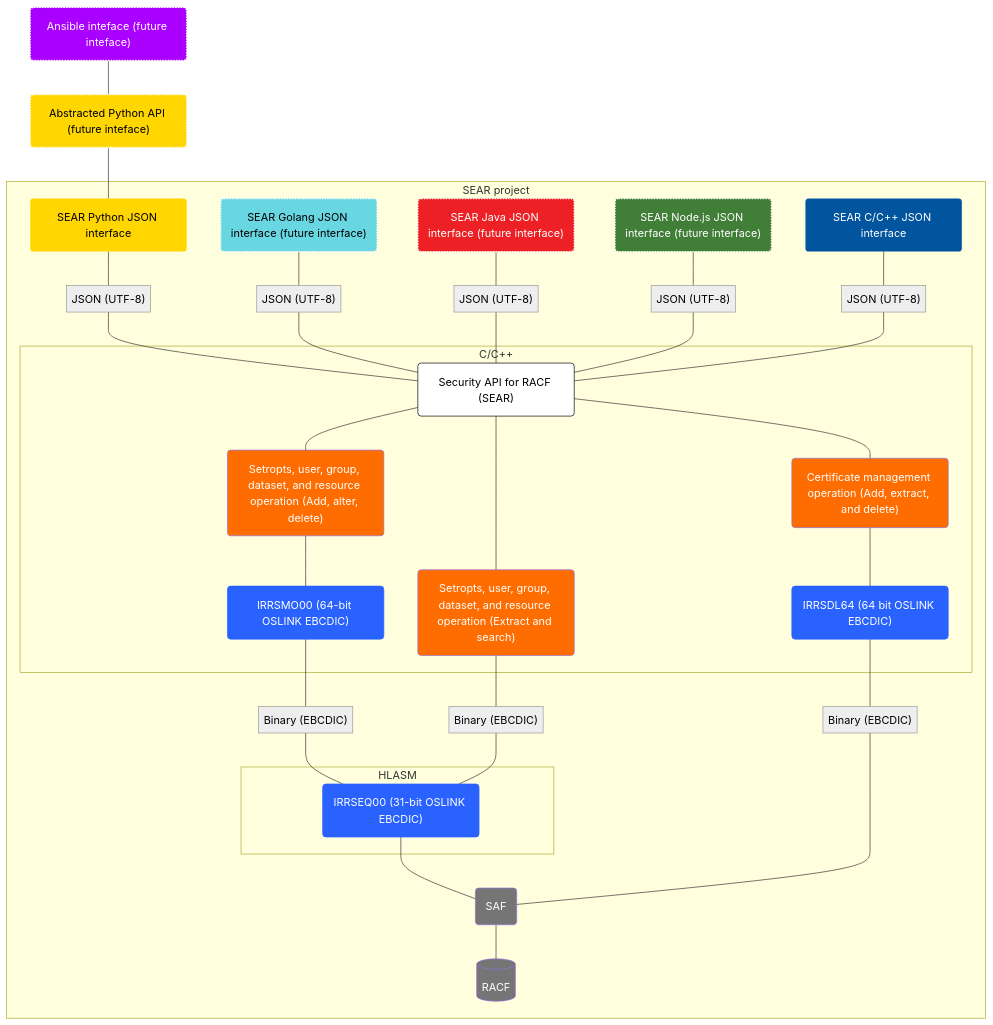
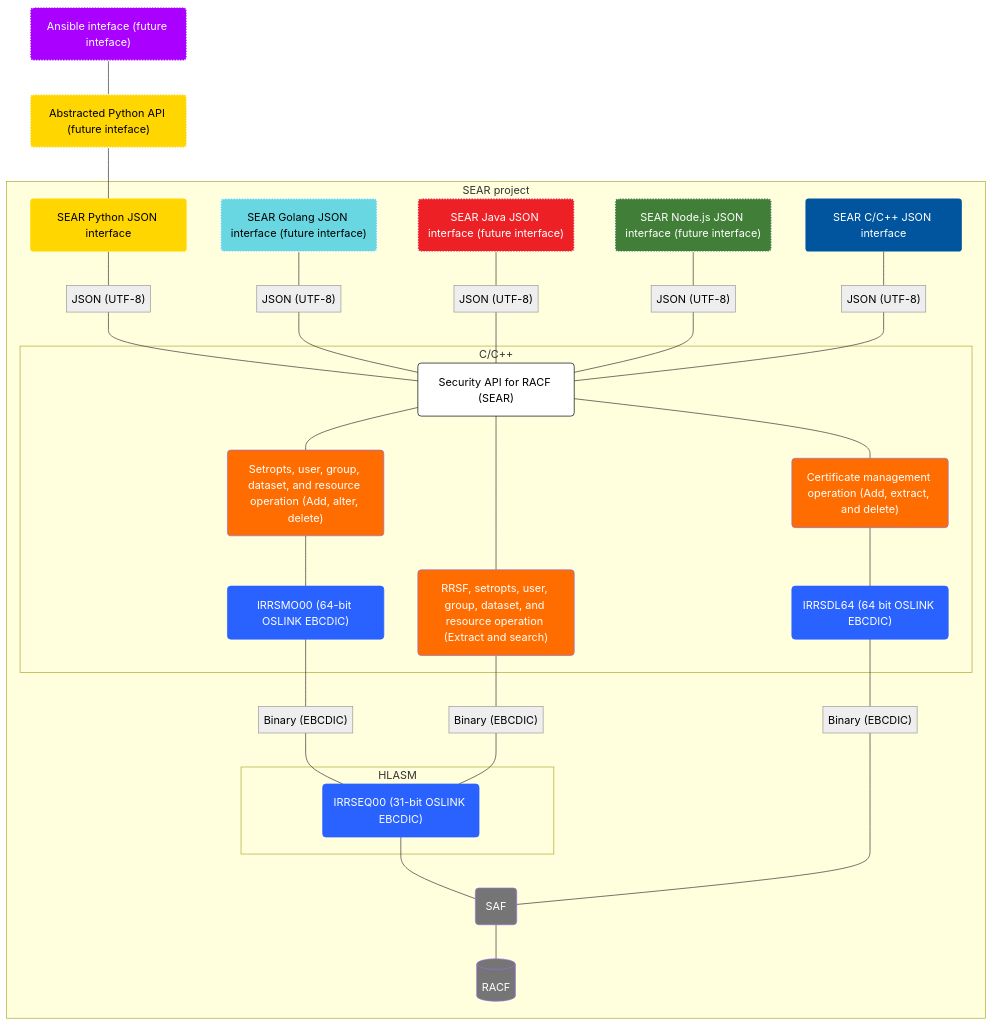
One commit to Mainframe-Renewal-Project/sear-docs changed the diagram in index.md. Above: the diagram before and after it, drawn with Mermaid. The commit also changed 2 other files, not shown here.

Commit message:
Added RRSF documentation

```diff
--- a/index.md
+++ b/index.md
@@ -100,7 +100,7 @@
         n5["Setropts, user, group, dataset, and resource operation (Add, alter, delete)"]
         n11["IRRSDL64 (64 bit OSLINK EBCDIC)"]
         n12["Certificate management operation (Add, extract, and delete)"]
-        n7@{ label: "<span style=\"padding-left:\">Setropts, user, group, dataset, and resource operation (Extract and search)</span>" }
+        n7@{ label: "<span style=\"padding-left:\">RRSF, setropts, user, group, dataset, and resource operation (Extract and search)</span>" }
   end
  subgraph s2["HLASM"]
         n4["IRRSEQ00 (31-bit OSLINK EBCDIC)"]
```
